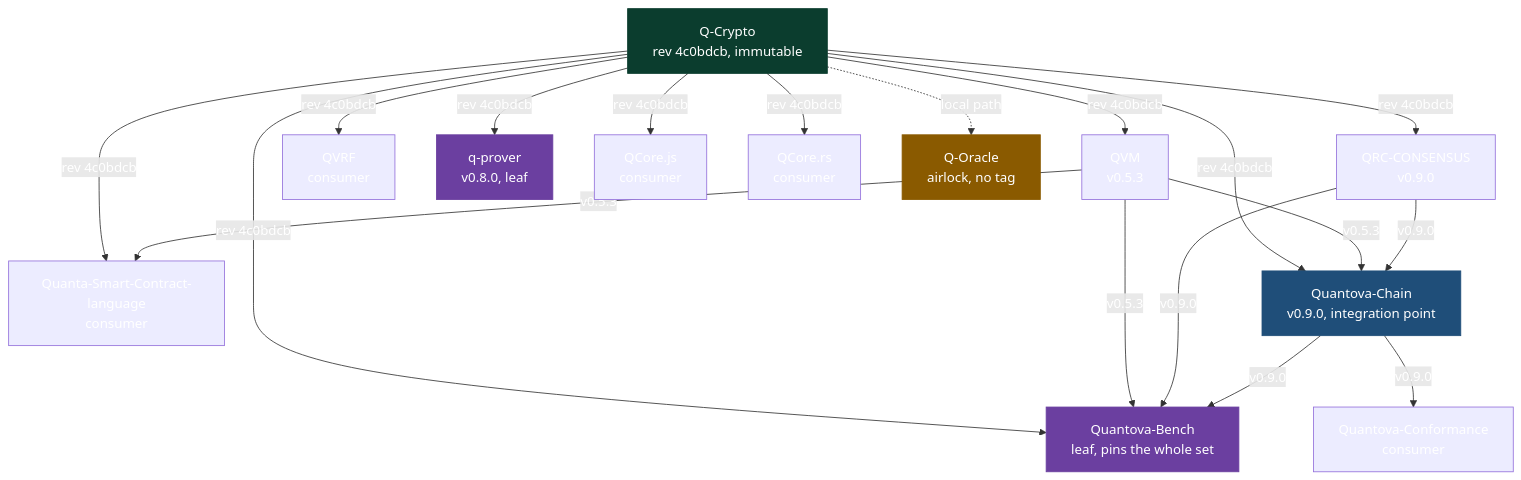
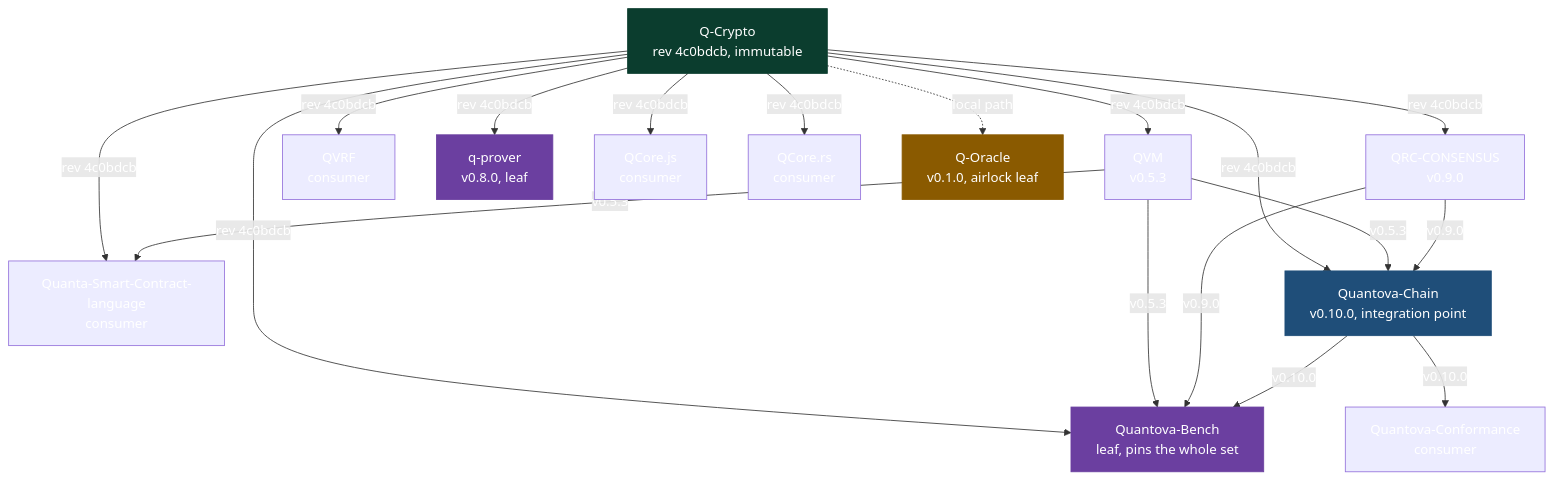
One commit to Quantova/Quantova-Ci changed the diagram in docs/pin-flow.md. Above: the diagram before and after it, drawn with Mermaid. The commit also changed other lines of this file, not shown here.

Commit message:
update the pin map to chain v0.10.0 and the q oracle airlock leaf

````diff
--- a/docs/pin-flow.md
+++ b/docs/pin-flow.md
@@ -7,45 +7,45 @@
 ```mermaid
 graph TD
     QCRYPTO["Q-Crypto<br/>rev 4c0bdcb, immutable"]
     QVM["QVM<br/>v0.5.3"]
     QRC["QRC-CONSENSUS<br/>v0.9.0"]
     QVRF["QVRF<br/>consumer"]
     QPROVER["q-prover<br/>v0.8.0, leaf"]
     QCOREJS["QCore.js<br/>consumer"]
     QCORERS["QCore.rs<br/>consumer"]
     QUANTA["Quanta-Smart-Contract-language<br/>consumer"]
-    CHAIN["Quantova-Chain<br/>v0.9.0, integration point"]
+    CHAIN["Quantova-Chain<br/>v0.10.0, integration point"]
     BENCH["Quantova-Bench<br/>leaf, pins the whole set"]
     CONF["Quantova-Conformance<br/>consumer"]
-    ORACLE["Q-Oracle<br/>airlock, no tag"]
+    ORACLE["Q-Oracle<br/>v0.1.0, airlock leaf"]
 
     QCRYPTO -->|rev 4c0bdcb| QVM
     QCRYPTO -->|rev 4c0bdcb| QRC
     QCRYPTO -->|rev 4c0bdcb| QVRF
     QCRYPTO -->|rev 4c0bdcb| QPROVER
     QCRYPTO -->|rev 4c0bdcb| QCOREJS
     QCRYPTO -->|rev 4c0bdcb| QCORERS
     QCRYPTO -->|rev 4c0bdcb| QUANTA
     QCRYPTO -->|rev 4c0bdcb| CHAIN
     QCRYPTO -->|rev 4c0bdcb| BENCH
     QCRYPTO -.->|local path| ORACLE
 
     QVM -->|v0.5.3| QUANTA
     QVM -->|v0.5.3| CHAIN
     QVM -->|v0.5.3| BENCH
 
     QRC -->|v0.9.0| CHAIN
     QRC -->|v0.9.0| BENCH
 
-    CHAIN -->|v0.9.0| BENCH
-    CHAIN -->|v0.9.0| CONF
+    CHAIN -->|v0.10.0| BENCH
+    CHAIN -->|v0.10.0| CONF
 
     classDef root fill:#0b3d2e,stroke:#0b3d2e,color:#ffffff
     classDef integ fill:#1f4e79,stroke:#1f4e79,color:#ffffff
     classDef leaf fill:#6b3fa0,stroke:#6b3fa0,color:#ffffff
     classDef airlock fill:#8a5a00,stroke:#8a5a00,color:#ffffff
     class QCRYPTO root
     class CHAIN integ
     class BENCH,QPROVER leaf
     class ORACLE airlock
 ```
````
